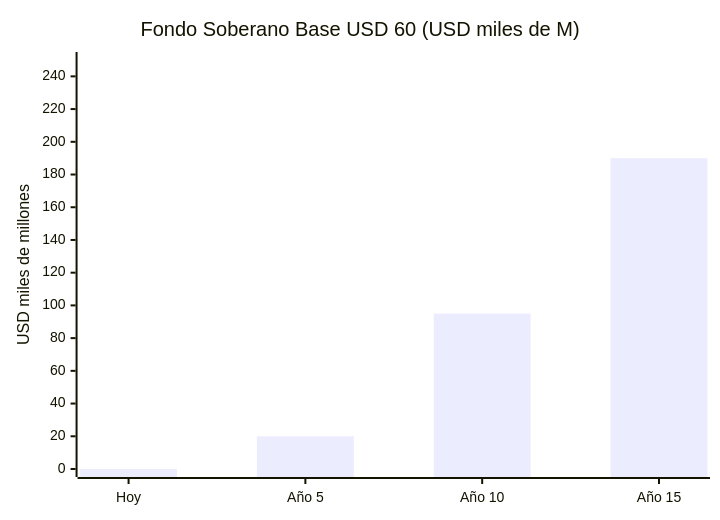
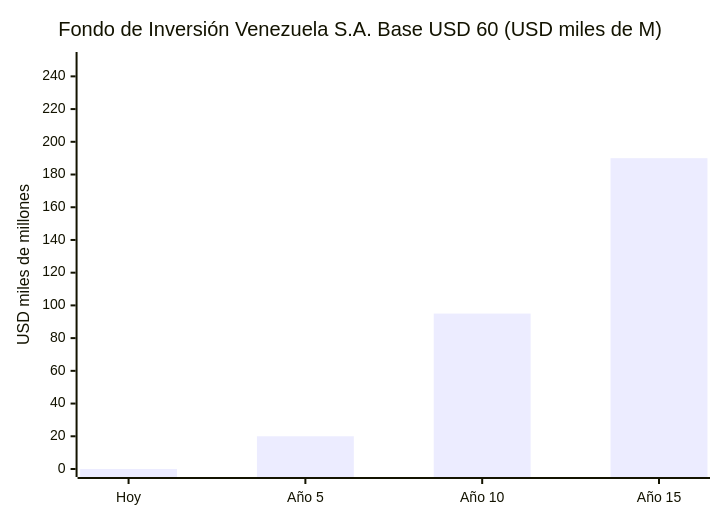
Before and after one commit to Venezuela-S-A/venezuela-sa: the second of 3 diagrams in docs/07-ejecucion/proyecciones.md, drawn with Mermaid. The commit also changed other lines of this file and 33 other files, not shown here.

First line of the commit message:
refactor: rename 'fondo soberano' to 'Fondo de Inversión Venezuela S.A.'

````diff
--- a/docs/07-ejecucion/proyecciones.md
+++ b/docs/07-ejecucion/proyecciones.md
@@ -16,7 +16,7 @@
 ```mermaid
 xychart-beta
-    title "Fondo Soberano Base USD 60 (USD miles de M)"
+    title "Fondo de Inversión Venezuela S.A. Base USD 60 (USD miles de M)"
     x-axis ["Hoy", "Año 5", "Año 10", "Año 15"]
     y-axis "USD miles de millones" 0 --> 250
     bar [0, 20, 95, 190]
 ```
````
